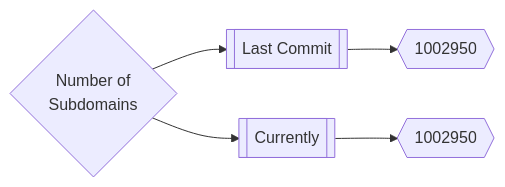
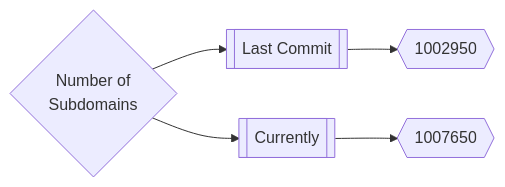
Before and after one commit to trickest/inventory: the first of 3 diagrams in README.md, drawn with Mermaid. The commit also changed other lines of this file and 284 other files, not shown here.

````diff
--- a/README.md
+++ b/README.md
@@ -165,5 +165,5 @@
 ```mermaid
 graph LR
 title{Number of<br>Subdomains} --> subdomainsDate1[[Last Commit]] --> subdomainsNum1{{1002950}}
-title --> subdomainsDate2[[Currently]] --> subdomainsNum2{{1002950}}
+title --> subdomainsDate2[[Currently]] --> subdomainsNum2{{1007650}}
 ```
````
